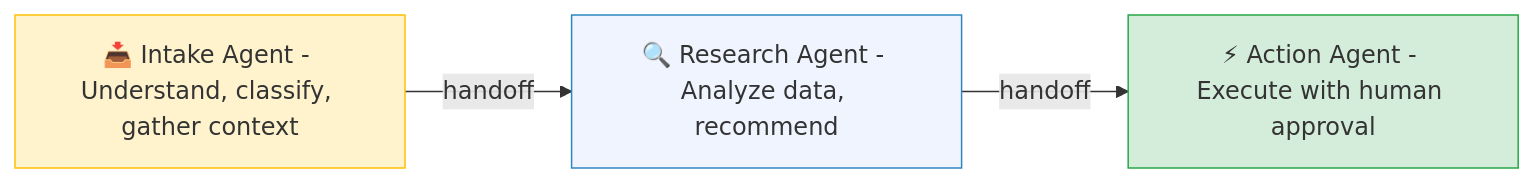
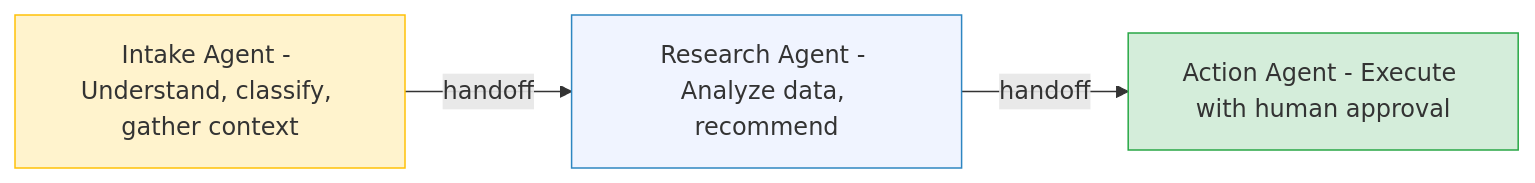
Before and after one commit to ithinktavo/GenAI-Engineering-Handbook: the fifth of 7 diagrams in docs/07-agentic-ai.md, drawn with Mermaid. The commit also changed other lines of this file and 10 other files, not shown here.

Commit message:
Diagram updates

````diff
--- a/docs/07-agentic-ai.md
+++ b/docs/07-agentic-ai.md
@@ -197,12 +197,12 @@
 ```mermaid
 graph LR
-    Intake["📥 Intake Agent - Understand, classify, gather context"]
-    Research["🔍 Research Agent - Analyze data, recommend"]
-    Action["⚡ Action Agent - Execute with human approval"]
+    Intake["Intake Agent - Understand, classify, gather context"]
+    Research["Research Agent - Analyze data, recommend"]
+    Action["Action Agent - Execute with human approval"]
 
     Intake -- "handoff" --> Research -- "handoff" --> Action
 
     style Intake fill:#fff3cd,stroke:#ffc107
     style Research fill:#f0f4ff,stroke:#2E86C1
     style Action fill:#d4edda,stroke:#28a745
 ```
````
